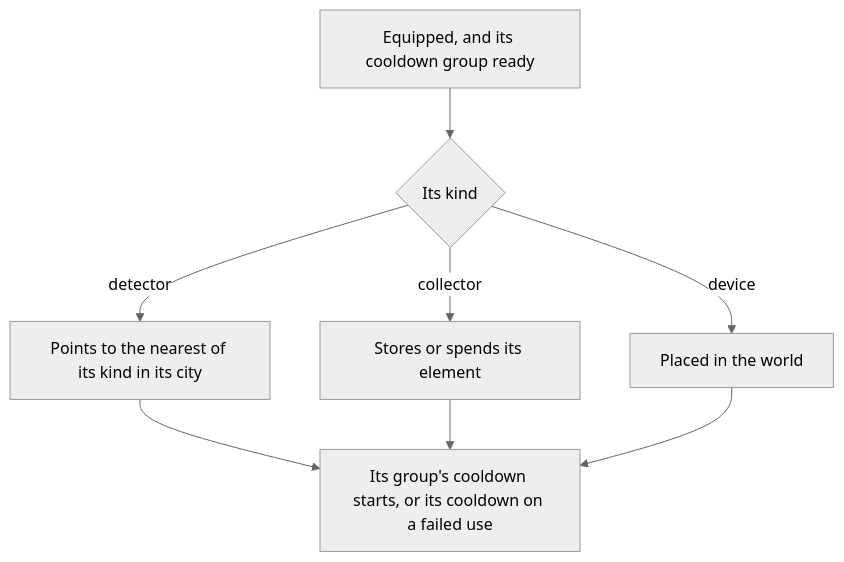
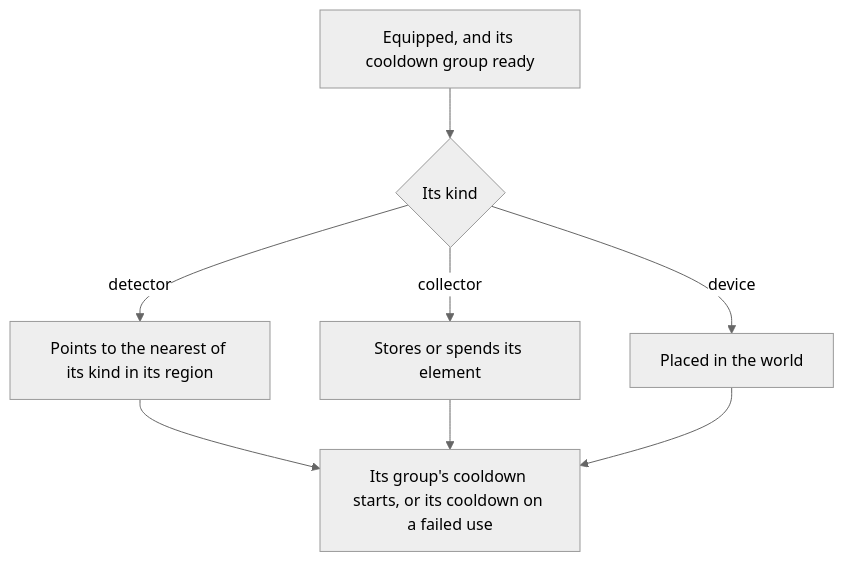
One commit to Esposter/Esposter changed the diagram in openspec/changes/genshin-gadgets/design.md. Above: the diagram before and after it, drawn with Mermaid (neutral theme). The commit also changed 3 other files, not shown here.

First line of the commit message:
docs(genshin-gadgets): a Seelie detector points to the nearest crystal in its region

````diff
--- a/openspec/changes/genshin-gadgets/design.md
+++ b/openspec/changes/genshin-gadgets/design.md
@@ -24,10 +24,10 @@
 ```mermaid
 flowchart TD
   GATE["Equipped, and its cooldown group ready"] --> KIND{"Its kind"}
-  KIND -->|"detector"| POINT["Points to the nearest of its kind in its city"]
+  KIND -->|"detector"| POINT["Points to the nearest of its kind in its region"]
   KIND -->|"collector"| STORE["Stores or spends its element"]
   KIND -->|"device"| PLACE["Placed in the world"]
   POINT --> START["Its group's cooldown starts, or its cooldown on a failed use"]
   STORE --> START
   PLACE --> START
 ```
````
